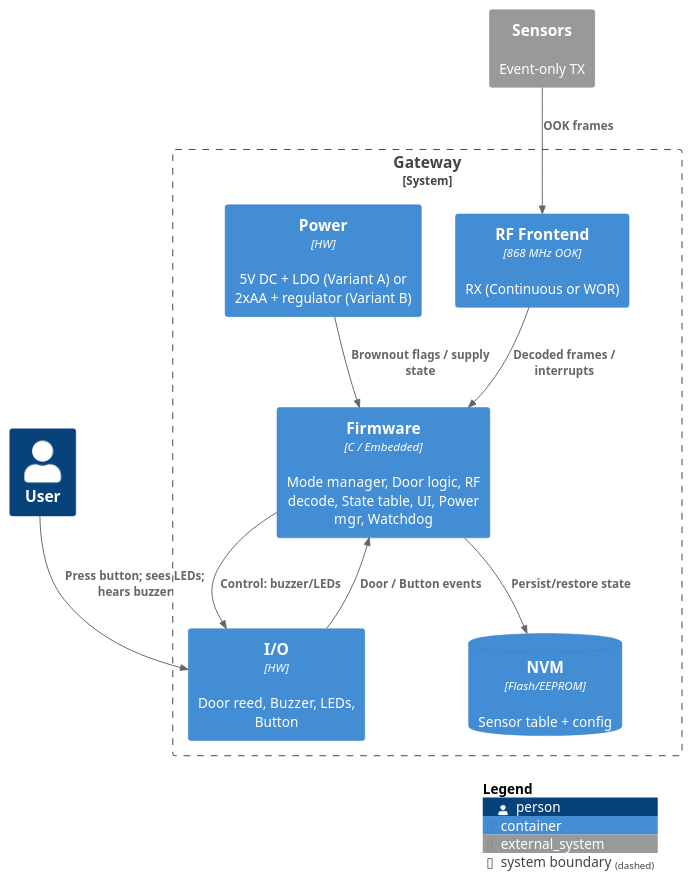
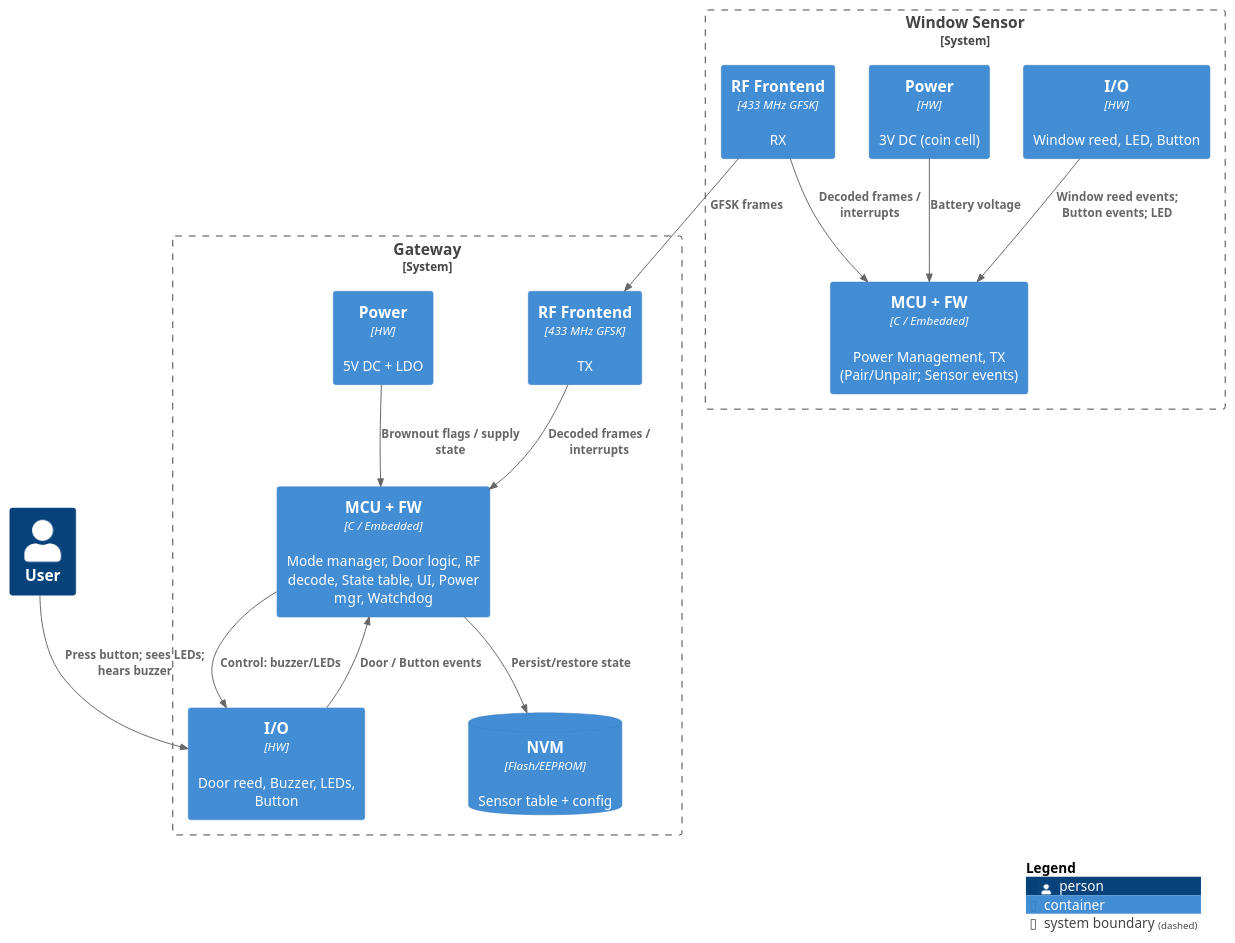
The diagram in docs/architecture/diagrams/container_view.puml (npeixoto64/ExitGuardian), drawn with PlantUML before and after one commit. The commit also changed 15 other files, not shown here.

Commit message:
EG-37 Update of architecture , system context, window sensor and gateway HW block diagrams.

```diff
--- a/docs/architecture/diagrams/container_view.puml
+++ b/docs/architecture/diagrams/container_view.puml
@@ -1,27 +1,35 @@
 @startuml Container View
 ' Exit Guardian - Container View (C4 Level 2)
 !include <C4/C4_Container>
 
 
 Person(user, "User")
 System_Boundary(gw, "Gateway") {
-Container(app, "Firmware", "C / Embedded", "Mode manager, Door logic, RF decode, State table, UI, Power mgr, Watchdog")
-Container(rf, "RF Frontend", "868 MHz OOK", "RX (Continuous or WOR)")
+Container(mcu, "MCU + FW", "C / Embedded", "Mode manager, Door logic, RF decode, State table, UI, Power mgr, Watchdog")
+Container(rf, "RF Frontend", "433 MHz GFSK", "TX")
 Container(io, "I/O", "HW", "Door reed, Buzzer, LEDs, Button")
 ContainerDb(nvm, "NVM", "Flash/EEPROM", "Sensor table + config")
-Container(power, "Power", "HW", "5V DC + LDO (Variant A) or 2xAA + regulator (Variant B)")
+Container(power, "Power", "HW", "5V DC + LDO")
 }
-System_Ext(sensors, "Sensors", "Event-only TX")
 
+System_Boundary(sns, "Window Sensor") {
+Container(fw, "MCU + FW", "C / Embedded", "Power Management, TX (Pair/Unpair; Sensor events)")
+Container(radio, "RF Frontend", "433 MHz GFSK", "RX")
+Container(input, "I/O", "HW", "Window reed, LED, Button")
+Container(supply, "Power", "HW", "3V DC (coin cell)")
+}
 
-Rel(sensors, rf, "OOK frames")
-Rel(rf, app, "Decoded frames / interrupts")
-Rel(app, io, "Control: buzzer/LEDs")
-Rel(io, app, "Door / Button events")
-Rel(app, nvm, "Persist/restore state")
-Rel(power, app, "Brownout flags / supply state")
+Rel(radio, rf, "GFSK frames")
+Rel(radio, fw, "Decoded frames / interrupts")
+Rel(input, fw, "Window reed events; Button events; LED")
+Rel(supply, fw, "Battery voltage")
+Rel(rf, mcu, "Decoded frames / interrupts")
+Rel(mcu, io, "Control: buzzer/LEDs")
+Rel(io, mcu, "Door / Button events")
+Rel(mcu, nvm, "Persist/restore state")
+Rel(power, mcu, "Brownout flags / supply state")
 Rel(user, io, "Press button; sees LEDs; hears buzzer")
 
 
 SHOW_LEGEND()
 @enduml
```
